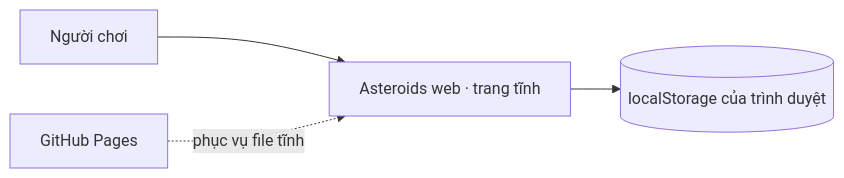
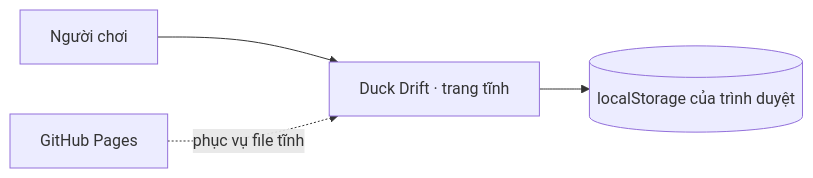
One commit to LeVanAnhDuc/web-game-asteroids changed the first of 2 diagrams in docs/03-design/architecture.md. Above: the diagram before and after it, drawn with Mermaid. The commit also changed 13 other files, not shown here.

````diff
--- a/docs/03-design/architecture.md
+++ b/docs/03-design/architecture.md
@@ -10,6 +10,6 @@
 ```mermaid
 graph LR
-  User[Người chơi] --> App[Asteroids web · trang tĩnh]
+  User[Người chơi] --> App[Duck Drift · trang tĩnh]
   App --> LS[(localStorage của trình duyệt)]
   Pages[GitHub Pages] -. phục vụ file tĩnh .-> App
 ```
````
